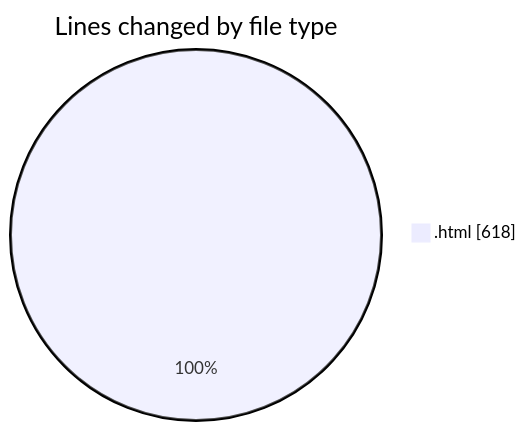
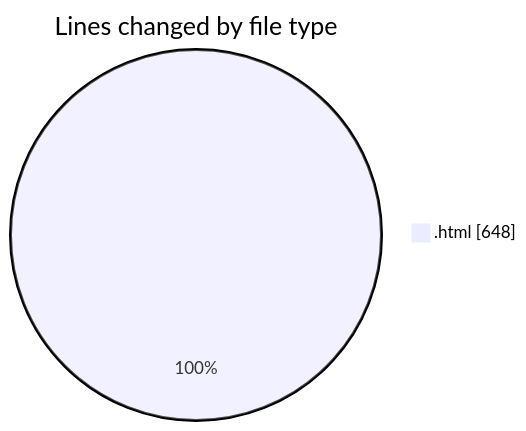
One commit to LanceThiago/code-tracking changed the first of 2 diagrams in 2025-01-08/nueva_carpeta/README.md. Above: the diagram before and after it, drawn with Mermaid. The commit also changed other lines of this file and 1 other file, not shown here.

````diff
--- a/2025-01-08/nueva_carpeta/README.md
+++ b/2025-01-08/nueva_carpeta/README.md
@@ -20,5 +20,5 @@
 ```mermaid
 pie showData
 title Lines changed by file type
-".html" : 618
+".html" : 648
 ```
````
